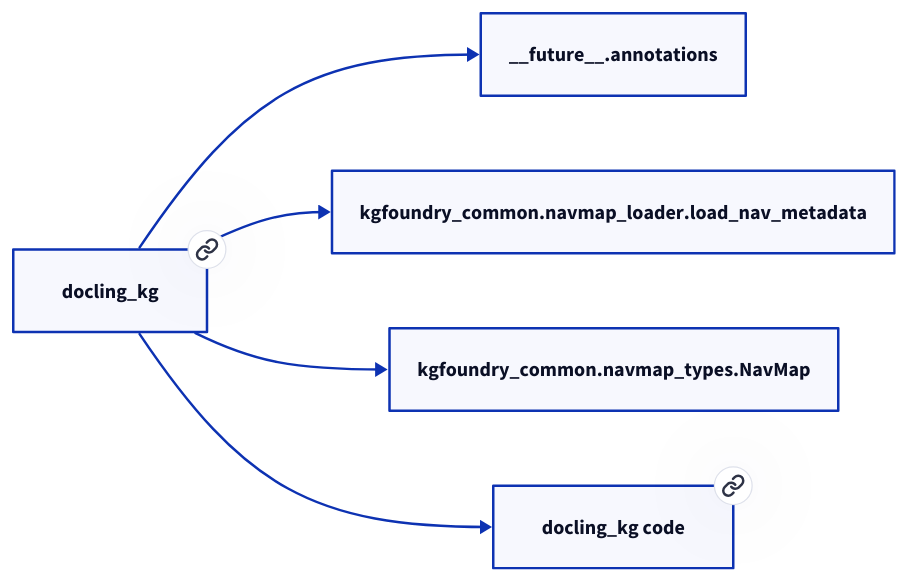
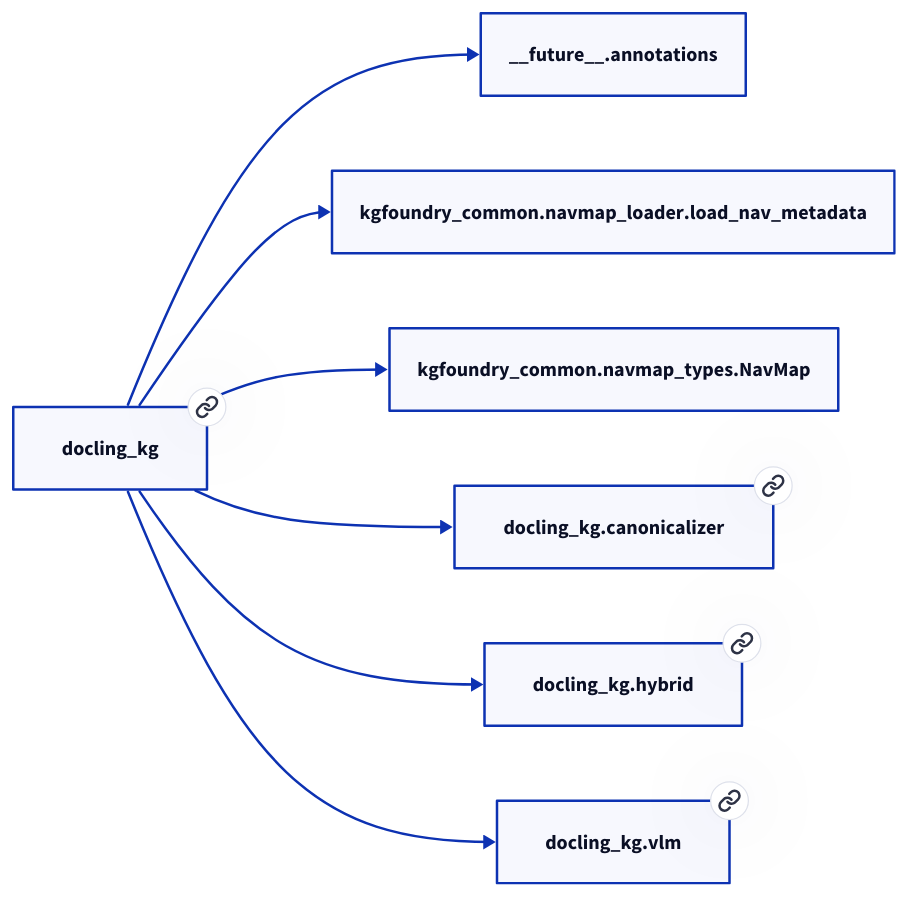
One commit to paul-heyse/kgforge changed the diagram in docs/modules/docling_kg.md. Above: the diagram before and after it, drawn with D2. The commit also changed other lines of this file and 208 other files, not shown here.

````diff
--- a/docs/modules/docling_kg.md
+++ b/docs/modules/docling_kg.md
@@ -17,12 +21,16 @@
 ```d2
 direction: right
-"docling_kg": "docling_kg" { link: "./docling_kg.md" }
+"docling_kg": "docling_kg" { link: "https://github.com/paul-heyse/kgfoundry/blob/main/src/docling_kg/__init__.py" }
 "__future__.annotations": "__future__.annotations"
 "docling_kg" -> "__future__.annotations"
 "kgfoundry_common.navmap_loader.load_nav_metadata": "kgfoundry_common.navmap_loader.load_nav_metadata"
 "docling_kg" -> "kgfoundry_common.navmap_loader.load_nav_metadata"
 "kgfoundry_common.navmap_types.NavMap": "kgfoundry_common.navmap_types.NavMap"
 "docling_kg" -> "kgfoundry_common.navmap_types.NavMap"
-"docling_kg_code": "docling_kg code" { link: "https://github.com/kgfoundry/kgfoundry/blob/main/src/docling_kg/__init__.py" }
-"docling_kg" -> "docling_kg_code" { style: dashed }
+"docling_kg.canonicalizer": "docling_kg.canonicalizer" { link: "https://github.com/paul-heyse/kgfoundry/blob/main/src/docling_kg/canonicalizer.py" }
+"docling_kg" -> "docling_kg.canonicalizer" { style: dashed }
+"docling_kg.hybrid": "docling_kg.hybrid" { link: "https://github.com/paul-heyse/kgfoundry/blob/main/src/docling_kg/hybrid.py" }
+"docling_kg" -> "docling_kg.hybrid" { style: dashed }
+"docling_kg.vlm": "docling_kg.vlm" { link: "https://github.com/paul-heyse/kgfoundry/blob/main/src/docling_kg/vlm.py" }
+"docling_kg" -> "docling_kg.vlm" { style: dashed }
 ```
````
